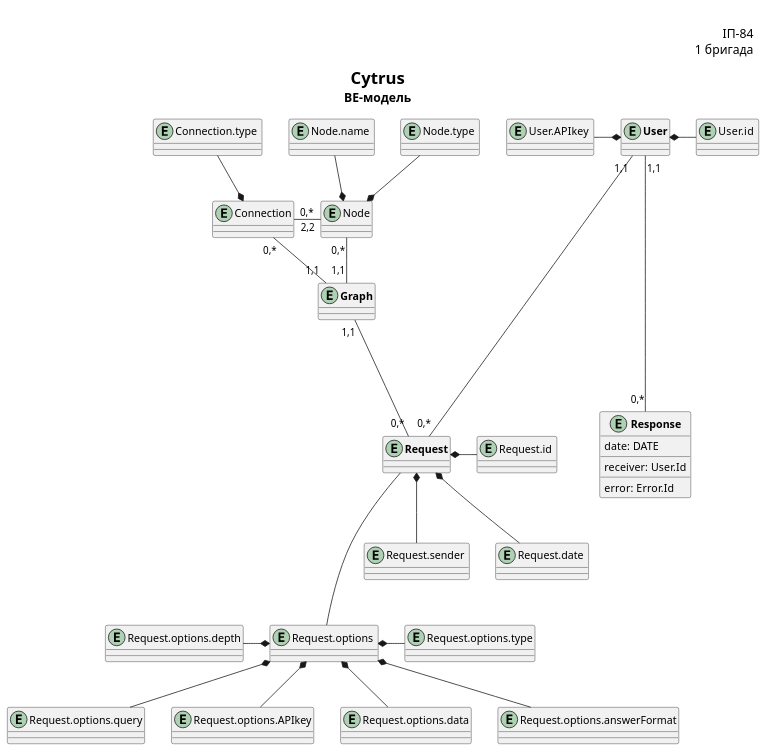
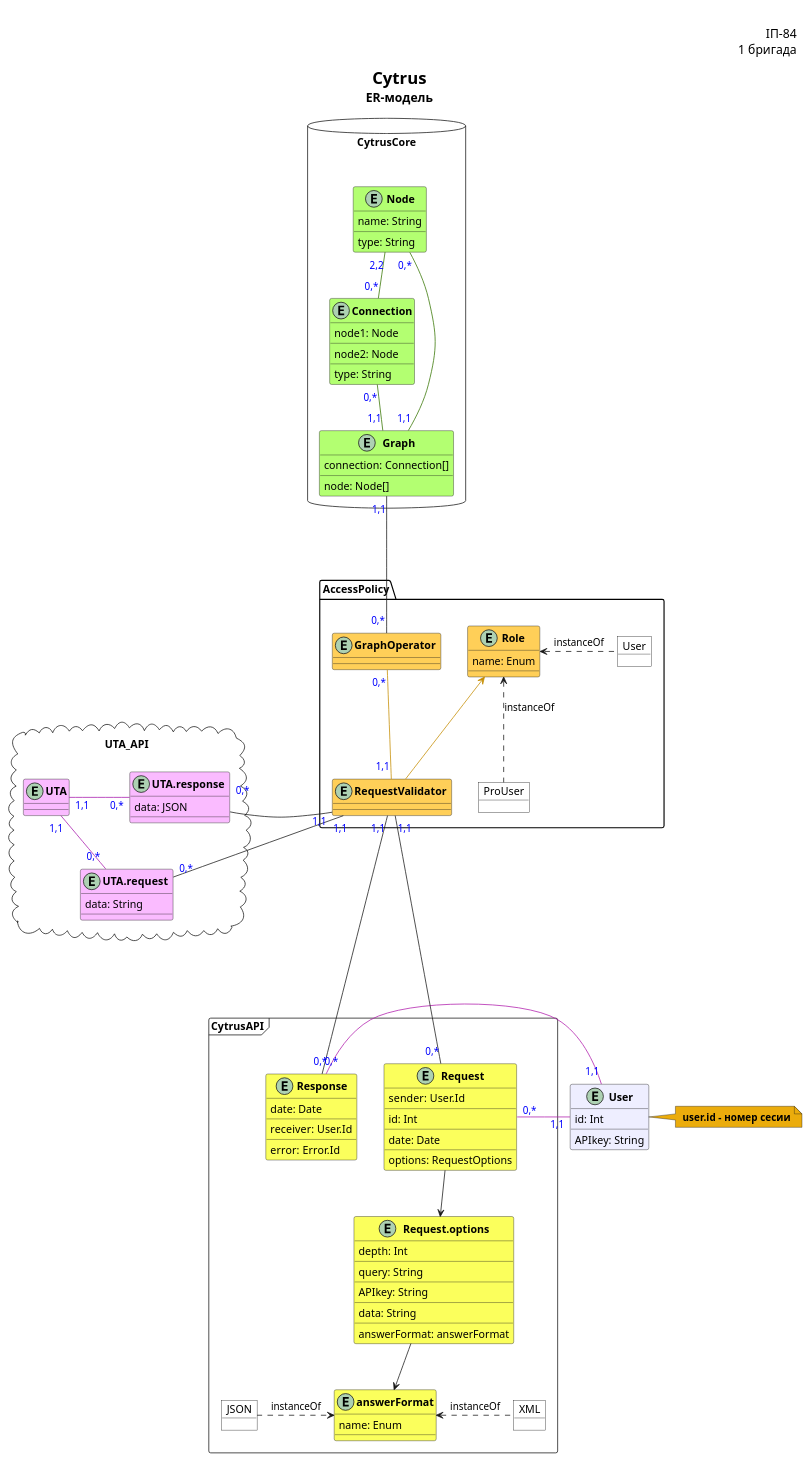
Before and after one commit to NeProgramist/Cytrus: the first of 3 diagrams in doc/uml/ER_model.puml, drawn with PlantUML. The commit also changed other lines of this file, not shown here.

Commit message:
add Er model

```diff
--- a/doc/uml/ER_model.puml
+++ b/doc/uml/ER_model.puml
@@ -1,75 +1,144 @@
 @startuml
+allow_mixing
 title
   <font size=22 color=black><b>Cytrus</b>
-  <font size=16 color=black>BE-модель
+  <font size=16 color=black>ER-модель
 end title
 
 right header
-<font color=fff size=16>Павлов підор
+<font color=fff size=16>Павлов топ препод
 <font color=000 size=16>ІП-84
 <font color=000 size=16>1 бригада
 end header
 
-    entity "<b>User" as User
-    entity "User.id " as UserId
-    entity "User.APIkey " as UserKey
-    User *- UserId
-    UserKey -* User
-
-    entity Node
-    entity "Node.name " as nodeName
-    entity "Node.type " as nodeType
-    nodeName --* Node
-    nodeType --* Node
-
-    entity Connection
-    entity "Connection.type " as ConnectionType
-    ConnectionType --* Connection
-    Node "2,2" -l- "0,*" Connection
-
-    entity "<b>Graph" as Graph
-    Node "0,*" -- "1,1" Graph
-    Connection "0,*" -- "1,1" Graph
-
-    entity "<b>Request" as Request {
-
-
+package AccessPolicy {
+    entity "<b>RequestValidator " as RequestValidator #FFCF58{
 
     }
-    entity "Request.sender " as RequestSender
-    entity "Request.options " as RequestOptions
-    entity "Request.id " as RequestId
-    entity "Request.date " as RequestDate
 
-    Request *-- RequestSender
-    Request *- RequestId
-    Request --- RequestOptions
-    Request *-- RequestDate
+    entity "<b>Role " as Role #FFCF58{
+        name: Enum
+    }
 
-    entity "Request.options.depth" as RequestOptionsDepth
-    entity "Request.options.query" as RequestOptionsQuery
-    entity "Request.options.APIkey" as RequestOptionsKey
-    entity "Request.options.type" as RequestOptionsType
-    entity "Request.options.data" as RequestOptionsData
-    entity "Request.options.answerFormat" as RequestOptionsAnswerFormat
+    entity "<b>GraphOperator " as GraphOperator #FFCF58{
 
-    RequestOptions *-- RequestOptionsAnswerFormat
-    RequestOptionsDepth -* RequestOptions
-    RequestOptions *-- RequestOptionsKey
-    RequestOptions *-- RequestOptionsQuery
-    RequestOptions *- RequestOptionsType
-    RequestOptions *-- RequestOptionsData
+    }
 
-        entity "<b>Response" as Response {
-            date: DATE
+    object "User" as UserRole #white
+    object "ProUser" as ProUserRole #white
+}
+
+package CytrusAPI <<Frame>> {
+    entity "<b>Request" as Request #fbff5c{
+        sender: User.Id
+        __
+        id: Int
+        __
+        date: Date
+        __
+        options: RequestOptions
+    }
+
+    entity "<b>Request.options" as RequestOptions #fbff5c{
+        depth: Int
+        __
+        query: String
+        __
+        APIkey: String
+        __
+        data: String
+        __
+        answerFormat: answerFormat
+    }
+
+    entity "<b>answerFormat" as answerFormat #fbff5c{
+        name: Enum
+    }
+
+    object XML #white
+    object JSON #white
+    Request --> RequestOptions
+    RequestOptions --> answerFormat
+    answerFormat  <.r. XML : instanceOf
+    answerFormat <.l. JSON : instanceOf
+
+    entity "<b>Response" as Response #fbff5c{
+            date: Date
             __
             receiver: User.Id
             __
             error: Error.Id
     }
+}
 
-    User "1,1"  ----- "0,*" Response
-    User "1,1" ----- "0,*" Request
+package CytrusCore <<Database>> {
+      entity "<b>Node" as Node #B3FF71 {
+            name: String
+            __
+            type: String
+        }
 
-Graph "1,1" --- "0,*" Request
+        entity "<b>Connection" as Connection #B3FF71  {
+            node1: Node
+            __
+            node2: Node
+            __
+            type: String
+        }
+
+        entity "<b>Graph" as Graph #B3FF71 {
+            connection: Connection[]
+            __
+            node: Node[]
+        }
+}
+
+package UTA_API <<Cloud>> {
+    entity "<b>UTA" as Uta #fabbff {
+
+    }
+
+    entity "<b>UTA.request " as UtaRequest #fabbff{
+        data: String
+    }
+
+    entity "<b>UTA.response " as UtaResponse #fabbff {
+        data: JSON
+    }
+}
+
+
+
+    entity "<b>User" as User #eeeeff {
+        id: Int
+       __
+        APIkey: String
+    }
+     note right #ebac0c
+     <b> user.id - номер сесии
+     end note
+
+
+    Node "<font color=blue>2,2" -- "<font color=blue>0,*" Connection #367500
+    Node "<font color=blue>0,*" -- "<font color=blue>1,1" Graph #367500
+    Connection "<font color=blue>0,*" -- "<font color=blue>1,1" Graph #367500
+
+    User "<font color=blue>1,1" -r- "<font color=blue>0,*" Response #b01dac : "   "
+    User "<font color=blue>1,1" -r- "<font color=blue>0,*" Request #b01dac : "          "
+
+    Role <-- RequestValidator #C58C00
+    Role <.r. UserRole : instanceOf
+    Role <.. ProUserRole : instanceOf
+
+    Graph "<font color=blue>1,1" --- "<font color=blue>0,*" GraphOperator
+    GraphOperator "<font color=blue>0,*" -- "<font color=blue>1,1" RequestValidator #C58C00
+
+    Uta "<font color=blue>1,1" -- "<font color=blue>0,*" UtaRequest #A719AC
+    Uta "<font color=blue>1,1" -r- "<font color=blue>0,*" UtaResponse #A719AC : "             "
+
+    RequestValidator "<font color=blue>1,1" - "<font color=blue>0,*" UtaRequest
+    RequestValidator "<font color=blue>1,1" - "<font color=blue>0,*" UtaResponse : "                             "
+
+    RequestValidator "<font color=blue>1,1" ---- "<font color=blue>0,*" Request
+    RequestValidator "<font color=blue>1,1" --- "<font color=blue>0,*" Response
 @enduml
```
